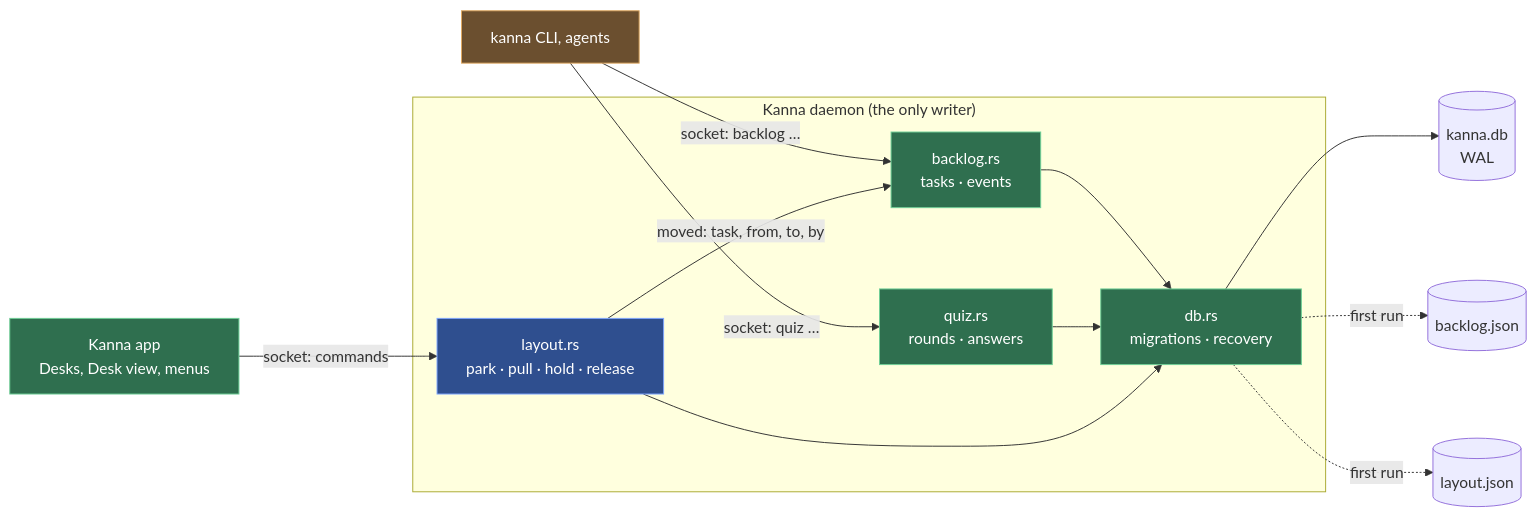
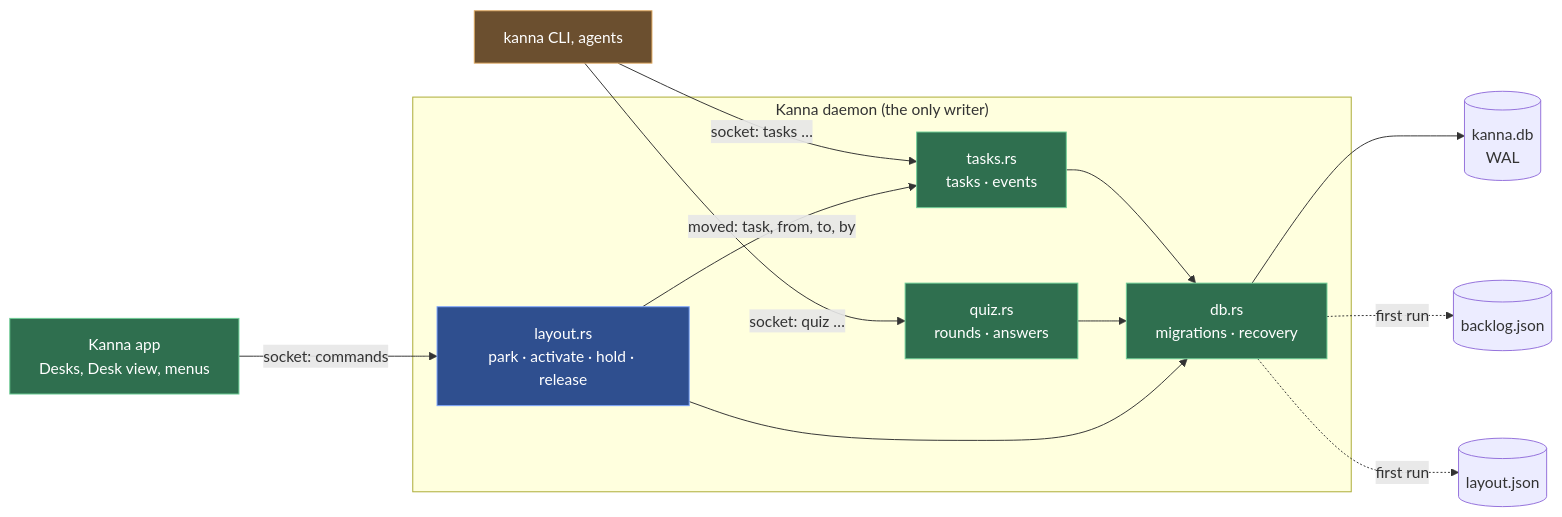
The first of 2 diagrams in docs/specs/database.md (tampopogk/kanna), drawn with Mermaid before and after one commit. The commit also changed other lines of this file and 28 other files, not shown here.

````diff
--- a/docs/specs/database.md
+++ b/docs/specs/database.md
@@ -16,21 +9,21 @@
 ```mermaid
 flowchart LR
-    CLI["kanna CLI, agents"] -->|"socket: backlog …"| D
+    CLI["kanna CLI, agents"] -->|"socket: tasks …"| D
     CLI -->|"socket: quiz …"| Q
     APP["Kanna app<br/>Desks, Desk view, menus"] -->|"socket: commands"| OWN
     subgraph DP["Kanna daemon (the only writer)"]
-        D["backlog.rs<br/>tasks · events"] --> DB["db.rs<br/>migrations · recovery"]
+        D["tasks.rs<br/>tasks · events"] --> DB["db.rs<br/>migrations · recovery"]
         Q["quiz.rs<br/>rounds · answers"] --> DB
-        OWN["layout.rs<br/>park · pull · hold · release"] -->|"moved: task, from, to, by"| D
+        OWN["layout.rs<br/>park · activate · hold · release"] -->|"moved: task, from, to, by"| D
         OWN --> DB
     end
     DB --> F[("kanna.db<br/>WAL")]
     DB -. "first run" .-> J[("backlog.json")]
     DB -. "first run" .-> L[("layout.json")]
     classDef kanna fill:#2f6f4f,stroke:#6fcf97,color:#ffffff
     classDef kmux fill:#2f4f8f,stroke:#7fa7ff,color:#ffffff
     classDef ext fill:#6b4f2f,stroke:#e0a960,color:#ffffff
     class APP,D,Q,DB kanna
     class OWN kmux
     class CLI ext
 ```
````
